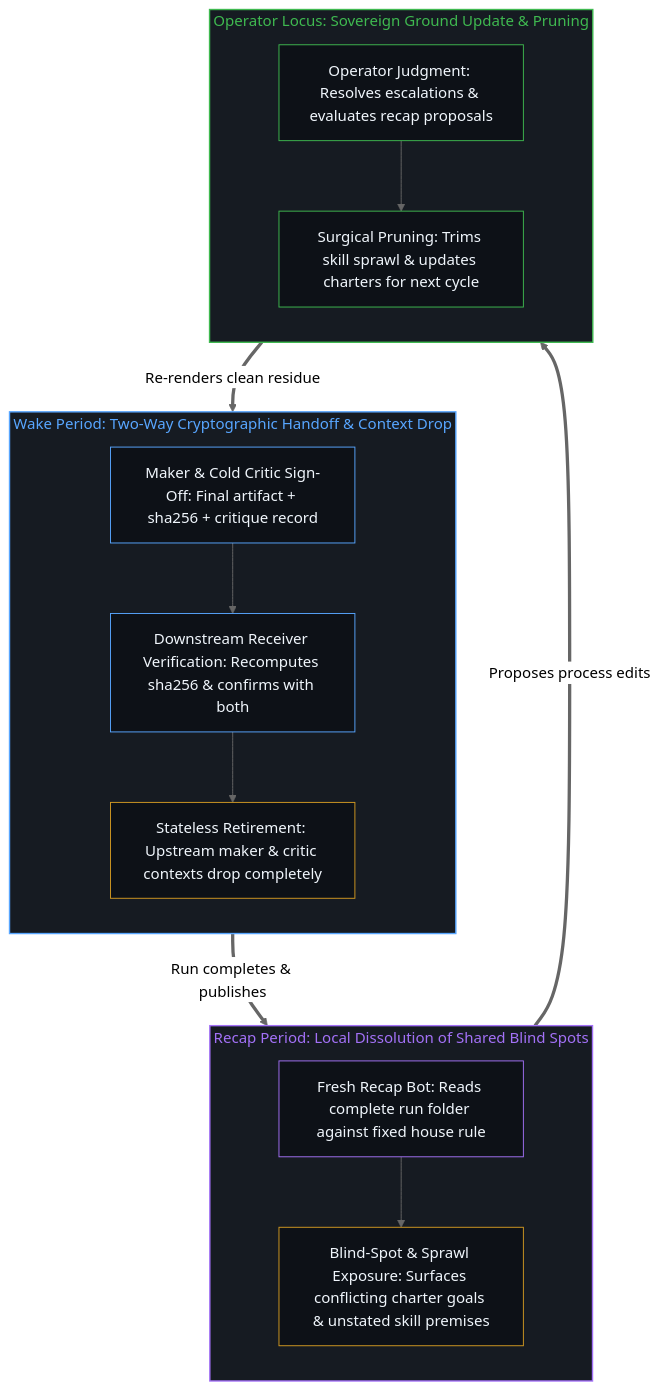
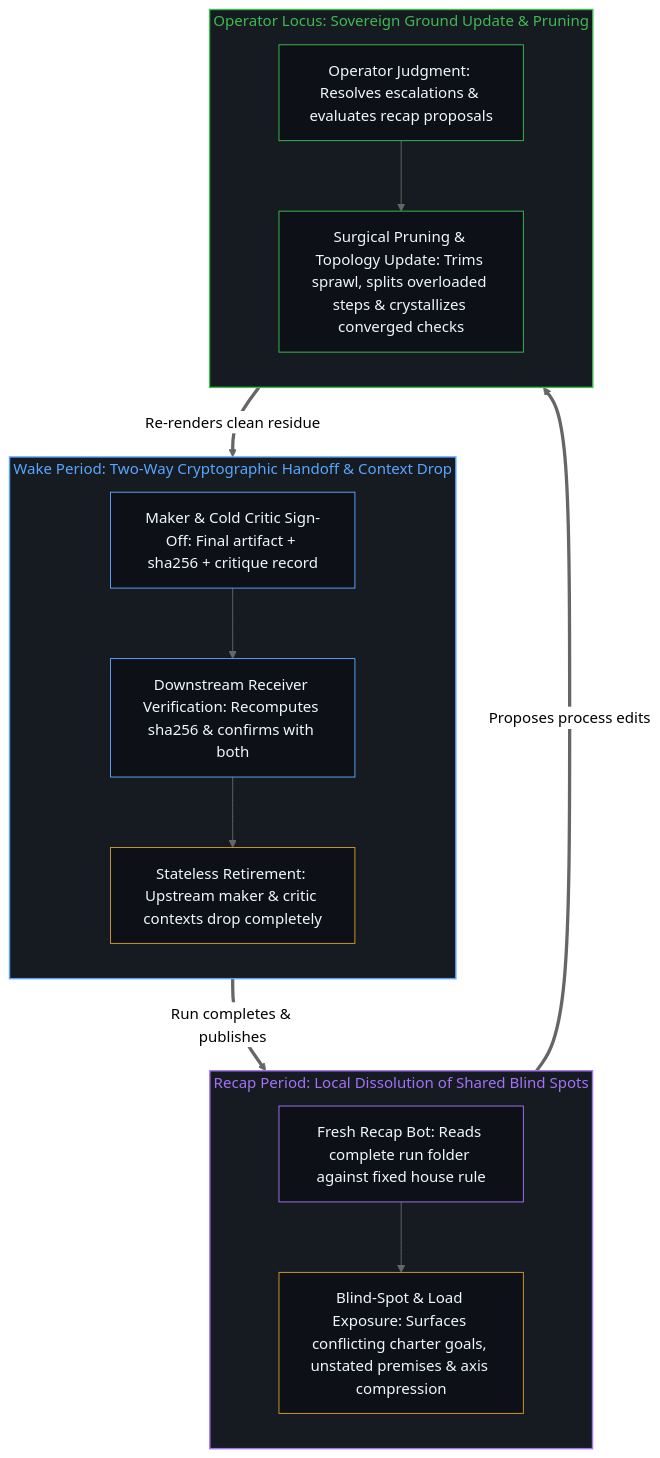
One commit to powerpig99/not-a-toe changed the fourth of 4 diagrams in content/posts/on-demand-contexts-keep-coherence-at-one-step.md. Above: the diagram before and after it, drawn with Mermaid (neutral theme). The commit also changed other lines of this file and 9 other files, not shown here.

````diff
--- a/content/posts/on-demand-contexts-keep-coherence-at-one-step.md
+++ b/content/posts/on-demand-contexts-keep-coherence-at-one-step.md
@@ -159,35 +159,35 @@
 ```mermaid
 flowchart TD
     subgraph S_Wake["Wake Period: Two-Way Cryptographic Handoff & Context Drop"]
         direction TB
         Sign["Maker & Cold Critic Sign-Off: Final artifact + sha256 + critique record"]
         Verify["Downstream Receiver Verification: Recomputes sha256 & confirms with both"]
         Drop["Stateless Retirement: Upstream maker & critic contexts drop completely"]
         Sign --> Verify --> Drop
     end
     subgraph S_Recap["Recap Period: Local Dissolution of Shared Blind Spots"]
         direction TB
         ReadRun["Fresh Recap Bot: Reads complete run folder against fixed house rule"]
-        Expose["Blind-Spot & Sprawl Exposure: Surfaces conflicting charter goals & unstated skill premises"]
+        Expose["Blind-Spot & Load Exposure: Surfaces conflicting charter goals, unstated premises & axis compression"]
         ReadRun --> Expose
     end
     subgraph S_Operator["Operator Locus: Sovereign Ground Update & Pruning"]
         direction TB
         Decide["Operator Judgment: Resolves escalations & evaluates recap proposals"]
-        Prune["Surgical Pruning: Trims skill sprawl & updates charters for next cycle"]
+        Prune["Surgical Pruning & Topology Update: Trims sprawl, splits overloaded steps & crystallizes converged checks"]
         Decide --> Prune
     end
     Drop ==>|"Run completes & publishes"| ReadRun
     Expose ==>|"Proposes process edits"| Decide
     Prune ==>|"Re-renders clean residue"| Sign
     style S_Wake fill:#161b22,stroke:#58a6ff,stroke-width:1.5px,color:#58a6ff
     style S_Recap fill:#161b22,stroke:#a371f7,stroke-width:1.5px,color:#a371f7
     style S_Operator fill:#161b22,stroke:#3fb950,stroke-width:1.5px,color:#3fb950
     style Sign fill:#0d1117,stroke:#58a6ff,stroke-width:1px,color:#f0f6fc
     style Verify fill:#0d1117,stroke:#58a6ff,stroke-width:1px,color:#f0f6fc
     style Drop fill:#0d1117,stroke:#d29922,stroke-width:1px,color:#f0f6fc
     style ReadRun fill:#0d1117,stroke:#a371f7,stroke-width:1px,color:#f0f6fc
     style Expose fill:#0d1117,stroke:#d29922,stroke-width:1px,color:#f0f6fc
     style Decide fill:#0d1117,stroke:#3fb950,stroke-width:1px,color:#f0f6fc
     style Prune fill:#0d1117,stroke:#3fb950,stroke-width:1px,color:#f0f6fc
 ```
````
